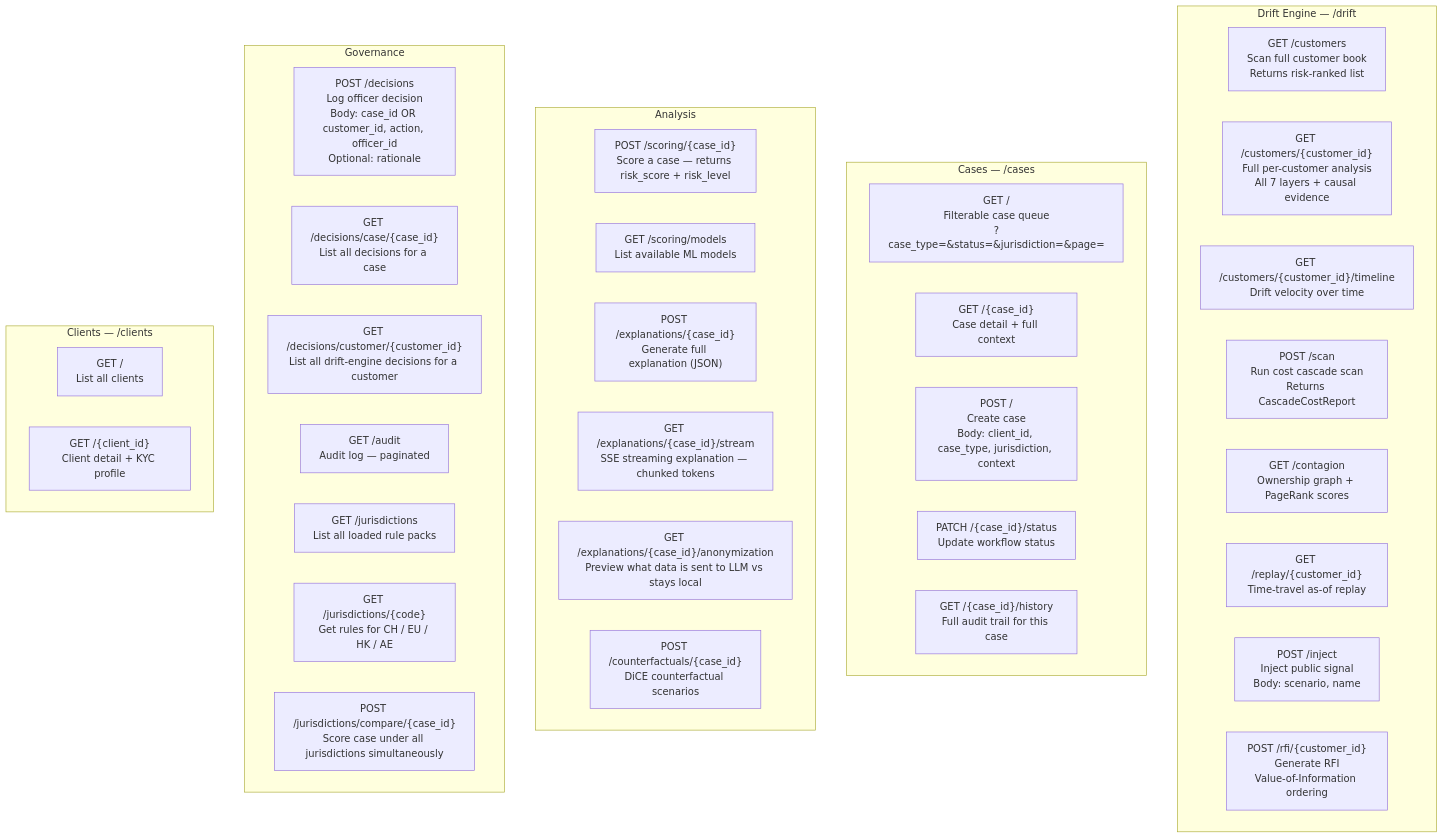
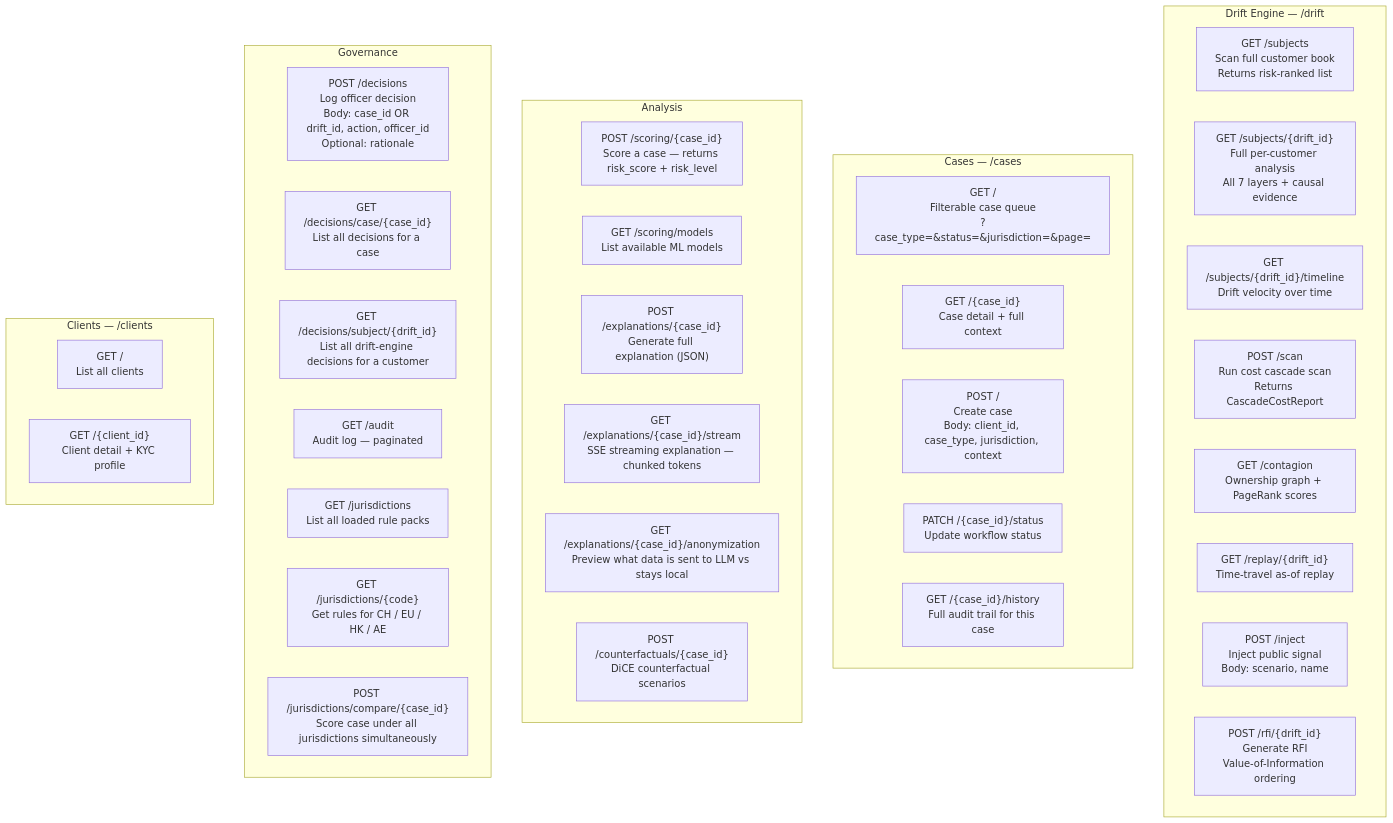
The first of 3 diagrams in docs/api.md (SteveDok22/Swisshacks-2026), drawn with Mermaid before and after one commit. The commit also changed other lines of this file and 39 other files, not shown here.

First line of the commit message:
refactor(drift): rename drift identifier customer_id -> drift_id

````diff
--- a/docs/api.md
+++ b/docs/api.md
@@ -9,45 +9,45 @@
 ```mermaid
 flowchart TB
     subgraph Drift["Drift Engine  — /drift"]
-        D1["GET /customers\nScan full customer book\nReturns risk-ranked list"]
-        D2["GET /customers/{customer_id}\nFull per-customer analysis\nAll 7 layers + causal evidence"]
-        D3["GET /customers/{customer_id}/timeline\nDrift velocity over time"]
+        D1["GET /subjects\nScan full customer book\nReturns risk-ranked list"]
+        D2["GET /subjects/{drift_id}\nFull per-customer analysis\nAll 7 layers + causal evidence"]
+        D3["GET /subjects/{drift_id}/timeline\nDrift velocity over time"]
         D4["POST /scan\nRun cost cascade scan\nReturns CascadeCostReport"]
         D5["GET /contagion\nOwnership graph + PageRank scores"]
-        D6["GET /replay/{customer_id}\nTime-travel as-of replay"]
+        D6["GET /replay/{drift_id}\nTime-travel as-of replay"]
         D7["POST /inject\nInject public signal\nBody: scenario, name"]
-        D8["POST /rfi/{customer_id}\nGenerate RFI\nValue-of-Information ordering"]
+        D8["POST /rfi/{drift_id}\nGenerate RFI\nValue-of-Information ordering"]
     end
 
     subgraph Cases["Cases  — /cases"]
         C1["GET /\nFilterable case queue\n?case_type=&status=&jurisdiction=&page="]
         C2["GET /{case_id}\nCase detail + full context"]
         C3["POST /\nCreate case\nBody: client_id, case_type, jurisdiction, context"]
         C4["PATCH /{case_id}/status\nUpdate workflow status"]
         C5["GET /{case_id}/history\nFull audit trail for this case"]
     end
 
     subgraph Analysis["Analysis"]
         A1["POST /scoring/{case_id}\nScore a case — returns risk_score + risk_level"]
         A2["GET /scoring/models\nList available ML models"]
         A3["POST /explanations/{case_id}\nGenerate full explanation (JSON)"]
         A4["GET /explanations/{case_id}/stream\nSSE streaming explanation — chunked tokens"]
         A5["GET /explanations/{case_id}/anonymization\nPreview what data is sent to LLM vs stays local"]
         A6["POST /counterfactuals/{case_id}\nDiCE counterfactual scenarios"]
     end
 
     subgraph Governance["Governance"]
-        G1["POST /decisions\nLog officer decision\nBody: case_id OR customer_id, action, officer_id\nOptional: rationale"]
+        G1["POST /decisions\nLog officer decision\nBody: case_id OR drift_id, action, officer_id\nOptional: rationale"]
         G2["GET /decisions/case/{case_id}\nList all decisions for a case"]
-        G7["GET /decisions/customer/{customer_id}\nList all drift-engine decisions for a customer"]
+        G7["GET /decisions/subject/{drift_id}\nList all drift-engine decisions for a customer"]
         G3["GET /audit\nAudit log — paginated"]
         G4["GET /jurisdictions\nList all loaded rule packs"]
         G5["GET /jurisdictions/{code}\nGet rules for CH / EU / HK / AE"]
         G6["POST /jurisdictions/compare/{case_id}\nScore case under all jurisdictions simultaneously"]
     end
 
     subgraph Clients["Clients  — /clients"]
         CL1["GET /\nList all clients"]
         CL2["GET /{client_id}\nClient detail + KYC profile"]
     end
 ```
````
